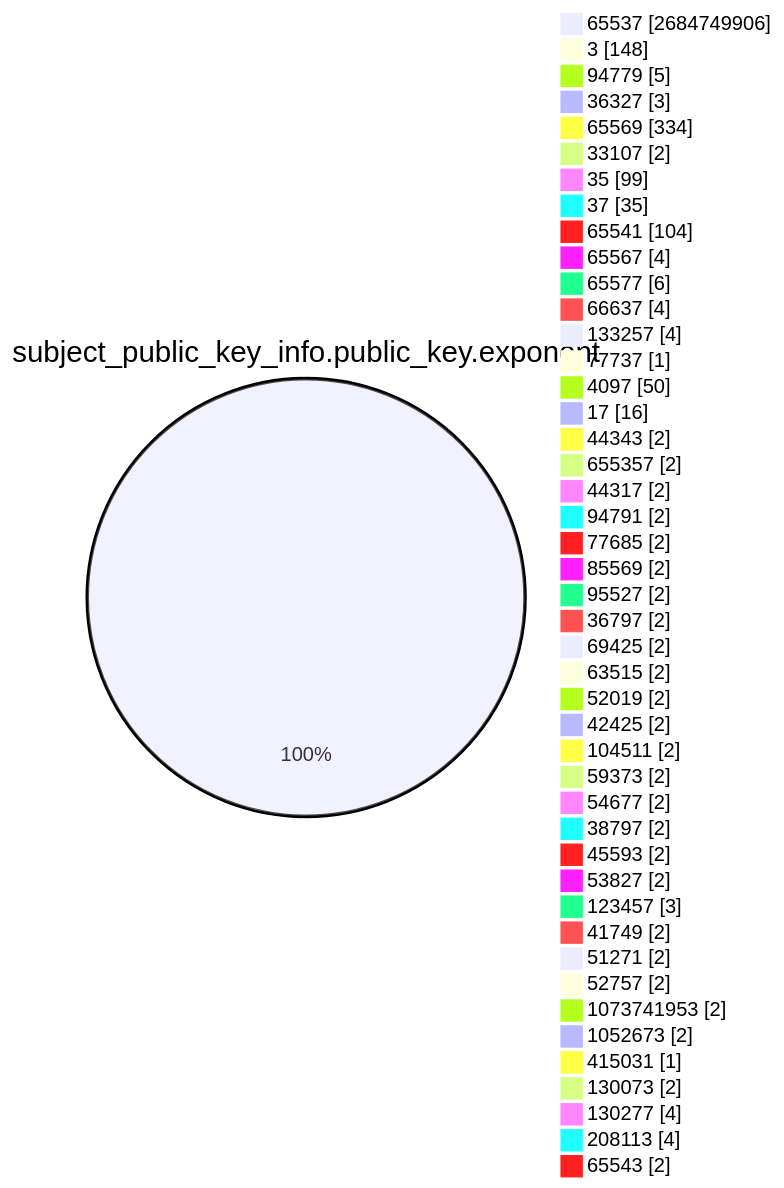
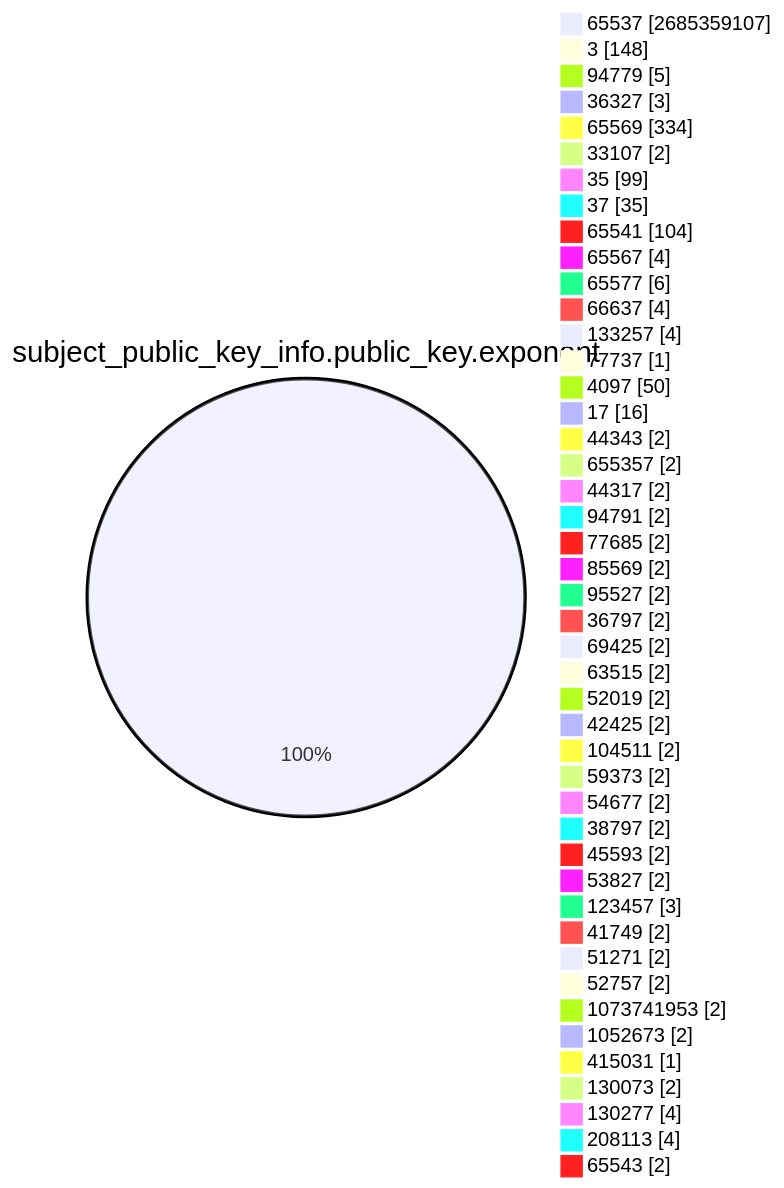
One commit to christiankrug/ctmonitor_visualization changed the fourth of 15 diagrams in TOTAL/README.md. Above: the diagram before and after it, drawn with Mermaid. The commit also changed other lines of this file, not shown here.

````diff
--- a/TOTAL/README.md
+++ b/TOTAL/README.md
@@ -1466,49 +1466,49 @@
 ```mermaid
 pie showData
 title subject_public_key_info.public_key.exponent
-"65537" :2684749906
+"65537" :2685359107
 "3" :148
 "94779" :5
 "36327" :3
 "65569" :334
 "33107" :2
 "35" :99
 "37" :35
 "65541" :104
 "65567" :4
 "65577" :6
 "66637" :4
 "133257" :4
 "77737" :1
 "4097" :50
 "17" :16
 "44343" :2
 "655357" :2
 "44317" :2
 "94791" :2
 "77685" :2
 "85569" :2
 "95527" :2
 "36797" :2
 "69425" :2
 "63515" :2
 "52019" :2
 "42425" :2
 "104511" :2
 "59373" :2
 "54677" :2
 "38797" :2
 "45593" :2
 "53827" :2
 "123457" :3
 "41749" :2
 "51271" :2
 "52757" :2
 "1073741953" :2
 "1052673" :2
 "415031" :1
 "130073" :2
 "130277" :4
 "208113" :4
 "65543" :2
 ```
````
